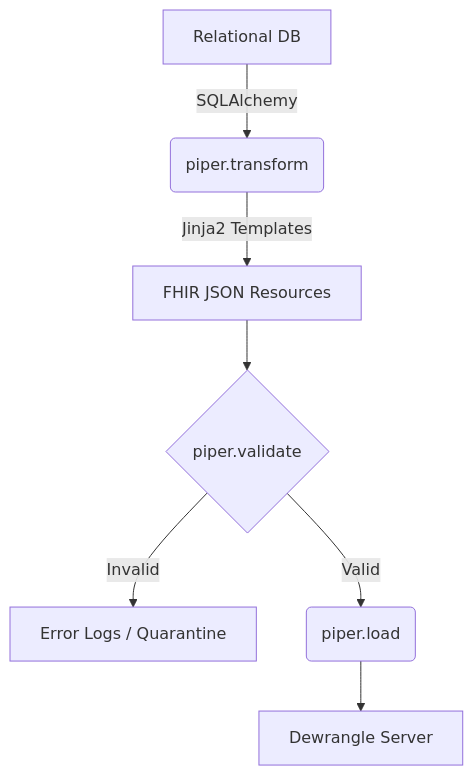
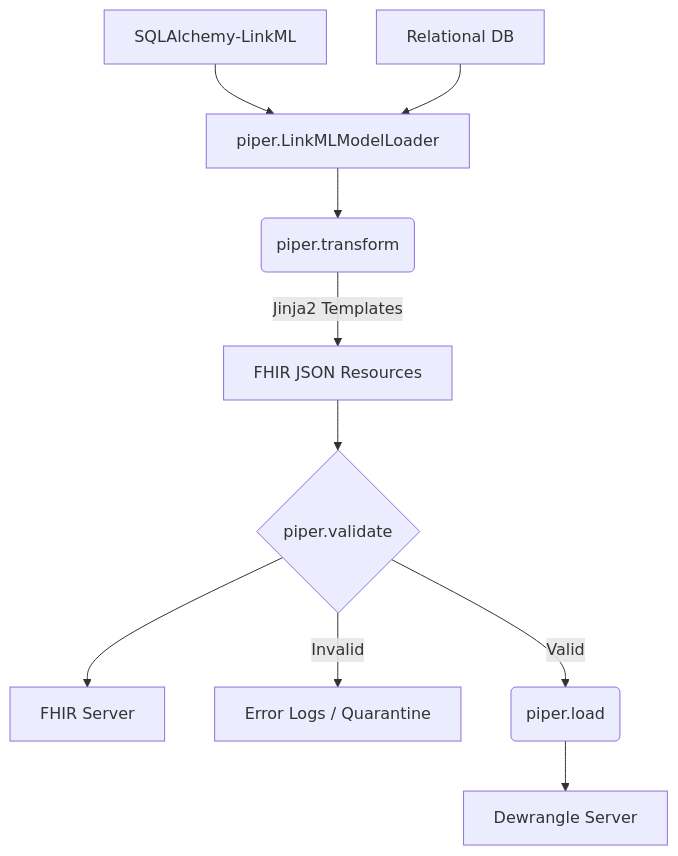
One commit to carrollaboratory/piper changed the diagram in docs/design.md. Above: the diagram before and after it, drawn with Mermaid.

Commit message:
Added a little more info to the diagram

````diff
--- a/docs/design.md
+++ b/docs/design.md
@@ -23,9 +23,13 @@
 ```mermaid
 graph TD
-    A[Relational DB] -->|SQLAlchemy| B(piper.transform)
+    A1[SQLAlchemy-LinkML] --> A[piper.LinkMLModelLoader]
+    A --> B(piper.transform)
+    A2[Relational DB] --> A
     B -->|Jinja2 Templates| C[FHIR JSON Resources]
     C --> D{piper.validate}
+    D --> C1[FHIR Server]
     D -->|Invalid| E[Error Logs / Quarantine]
     D -->|Valid| F(piper.load)
     F --> G[Dewrangle Server]
+    
 ```
````
